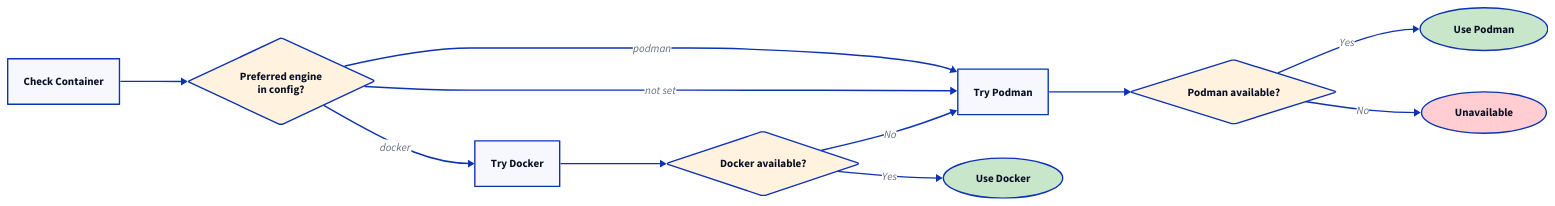
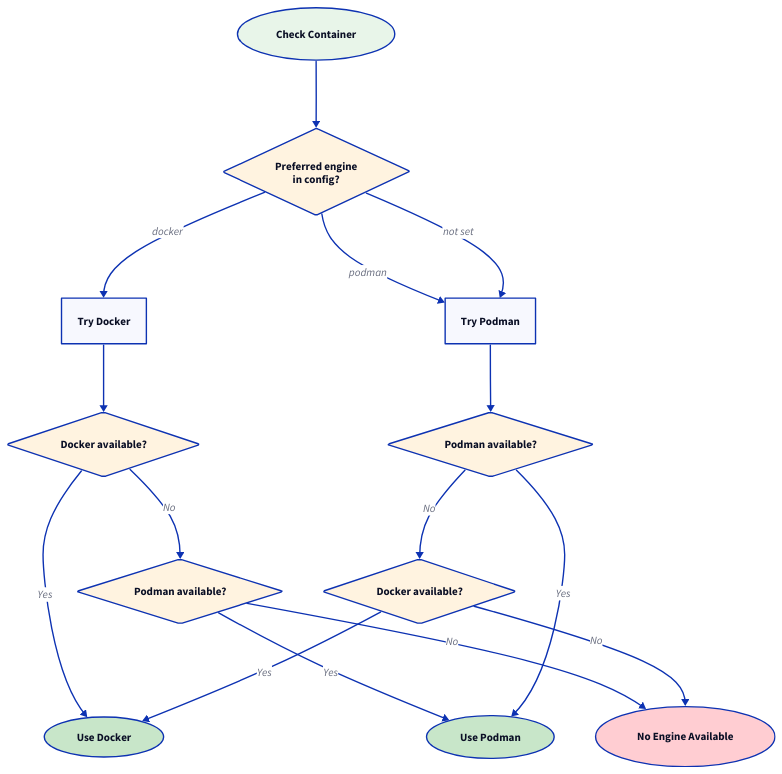
One commit to invowk/invowk changed the diagram in docs/diagrams/flowcharts/runtime-container-check.d2. Above: the diagram before and after it, drawn with D2. The commit also changed 23 other files, not shown here. The source asks for the TALA layout; these drawings use dagre instead.

First line of the commit message:
fix(diagrams): correct 5 D2 diagrams for accuracy against codebase

```diff
--- a/docs/diagrams/flowcharts/runtime-container-check.d2
+++ b/docs/diagrams/flowcharts/runtime-container-check.d2
@@ -1,63 +1,88 @@
 # Container Runtime Availability Check Flowchart
 #
 # Shows how Invowk detects container engine availability,
 # checking preferred engine first then falling back.
+# Both directions are symmetric: Docker falls back to Podman
+# and Podman falls back to Docker.
 #
-# Source: docs/architecture/flowchart-runtime-selection.md
+# Source: internal/container/engine.go (NewEngine, AutoDetectEngine)
 
 vars: {
   d2-config: {
     layout-engine: tala
   }
 }
 
-direction: right
+direction: down
 
-Start: Check Container
+Start: Check Container {
+  shape: oval
+  style.fill: "#E8F5E9"
+}
 
 Pref: Preferred engine\nin config? {
   shape: diamond
   style.fill: "#FFF3E0"
 }
 
 TryDocker: Try Docker
-
 TryPodman: Try Podman
 
 DockerOK: Docker available? {
   shape: diamond
   style.fill: "#FFF3E0"
 }
 
 PodmanOK: Podman available? {
+  shape: diamond
+  style.fill: "#FFF3E0"
+}
+
+# Fallback check nodes (when preferred engine unavailable)
+FallbackPodman: Podman available? {
+  shape: diamond
+  style.fill: "#FFF3E0"
+}
+
+FallbackDocker: Docker available? {
   shape: diamond
   style.fill: "#FFF3E0"
 }
 
 UseDocker: Use Docker {
   shape: oval
   style.fill: "#C8E6C9"
 }
 
 UsePodman: Use Podman {
   shape: oval
   style.fill: "#C8E6C9"
 }
 
-Unavailable: Unavailable {
+Unavailable: No Engine Available {
   shape: oval
   style.fill: "#FFCDD2"
 }
 
 Start -> Pref
 Pref -> TryDocker: docker
 Pref -> TryPodman: podman
 Pref -> TryPodman: not set
 
+# Docker-preferred path
 TryDocker -> DockerOK
 DockerOK -> UseDocker: Yes
-DockerOK -> TryPodman: No
+DockerOK -> FallbackPodman: No
 
+# Docker fallback to Podman
+FallbackPodman -> UsePodman: Yes
+FallbackPodman -> Unavailable: No
+
+# Podman-preferred path (also used for "not set" / auto-detect)
 TryPodman -> PodmanOK
 PodmanOK -> UsePodman: Yes
-PodmanOK -> Unavailable: No
+PodmanOK -> FallbackDocker: No
+
+# Podman fallback to Docker
+FallbackDocker -> UseDocker: Yes
+FallbackDocker -> Unavailable: No
```
